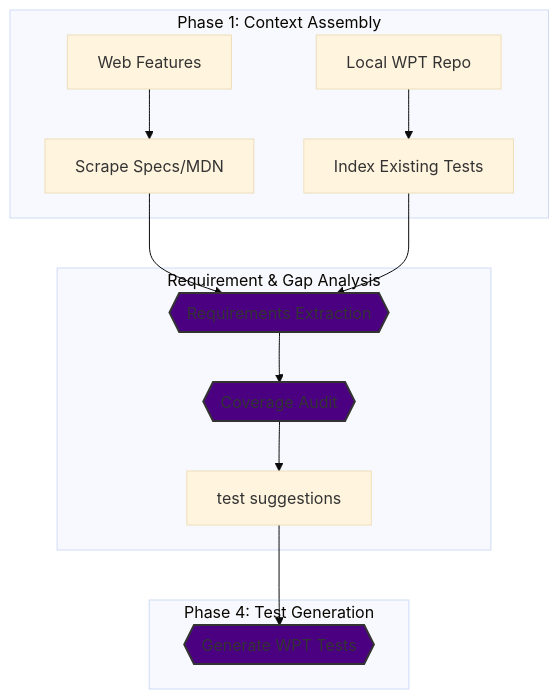
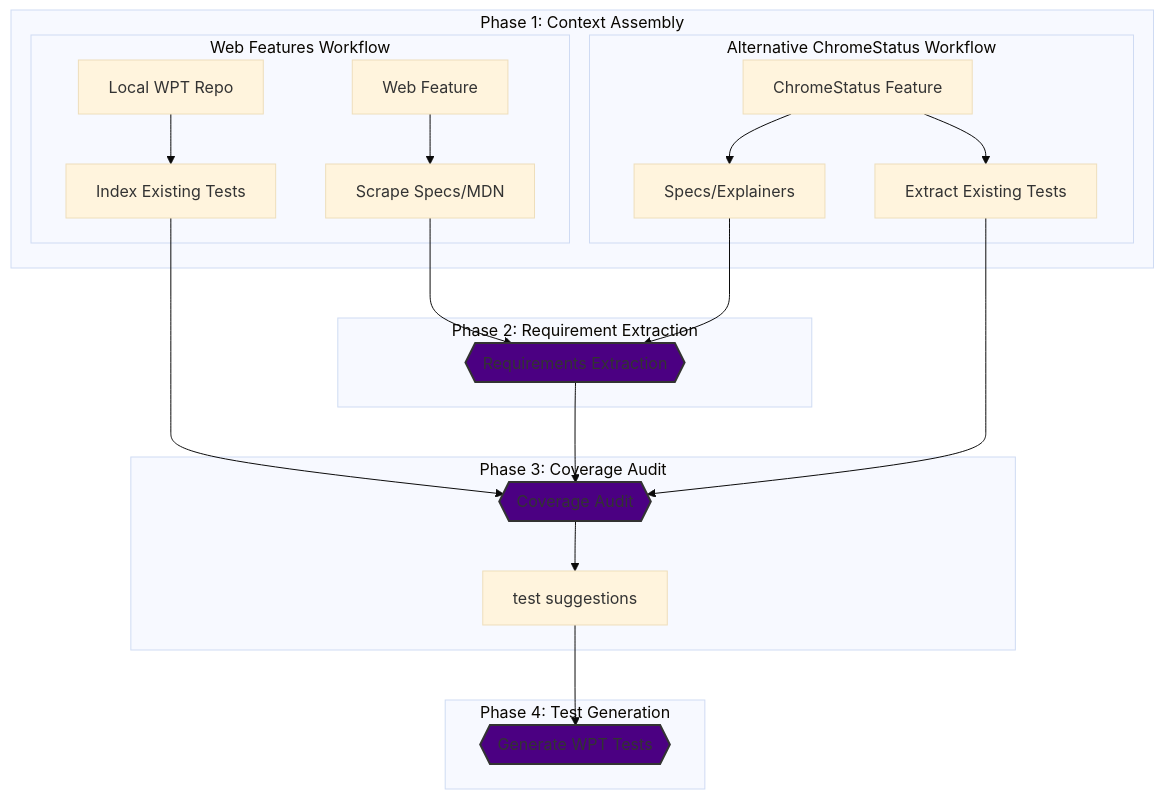
Before and after one commit to GoogleChromeLabs/wpt-gen: the diagram in README.md, drawn with Mermaid (base theme). The commit also changed other lines of this file, not shown here.

Commit message:
docs: update README.md with ChromeStatus integration details (#425)

````diff
--- a/README.md
+++ b/README.md
@@ -32,20 +34,30 @@
 ```mermaid
 flowchart TD
     subgraph Phase1[Phase 1: Context Assembly]
-        A[Web Features] --> B[Scrape Specs/MDN]
-        C[Local WPT Repo] --> D[Index Existing Tests]
+    subgraph CS[Alternative ChromeStatus Workflow]
+            I[ChromeStatus Feature] --> J[Specs/Explainers]
+            I --> K[Extract Existing Tests]
+        end
+        subgraph WF[Web Features Workflow]
+            C[Local WPT Repo] --> D[Index Existing Tests]
+            A[Web Feature] --> B[Scrape Specs/MDN]
+        end
+        
     end
 
-    subgraph Analysis[Requirement & Gap Analysis]
-        B & D --> E{{Requirements Extraction}}
-        E --> F{{Coverage Audit}}
+    subgraph Phase2[Phase 2: Requirement Extraction]
+        B & J --> E{{Requirements Extraction}}
+    end
+
+    subgraph Phase3[Phase 3: Coverage Audit]
+        E & D & K --> F{{Coverage Audit}}
         F --> G[test suggestions]
     end
 
     subgraph Phase4[Phase 4: Test Generation]
         G --> H{{Generate WPT Tests}}
     end
 
     classDef llm fill:#4B0082,stroke:#333,stroke-width:2px;
     class E,F,H llm;
 ```
````
